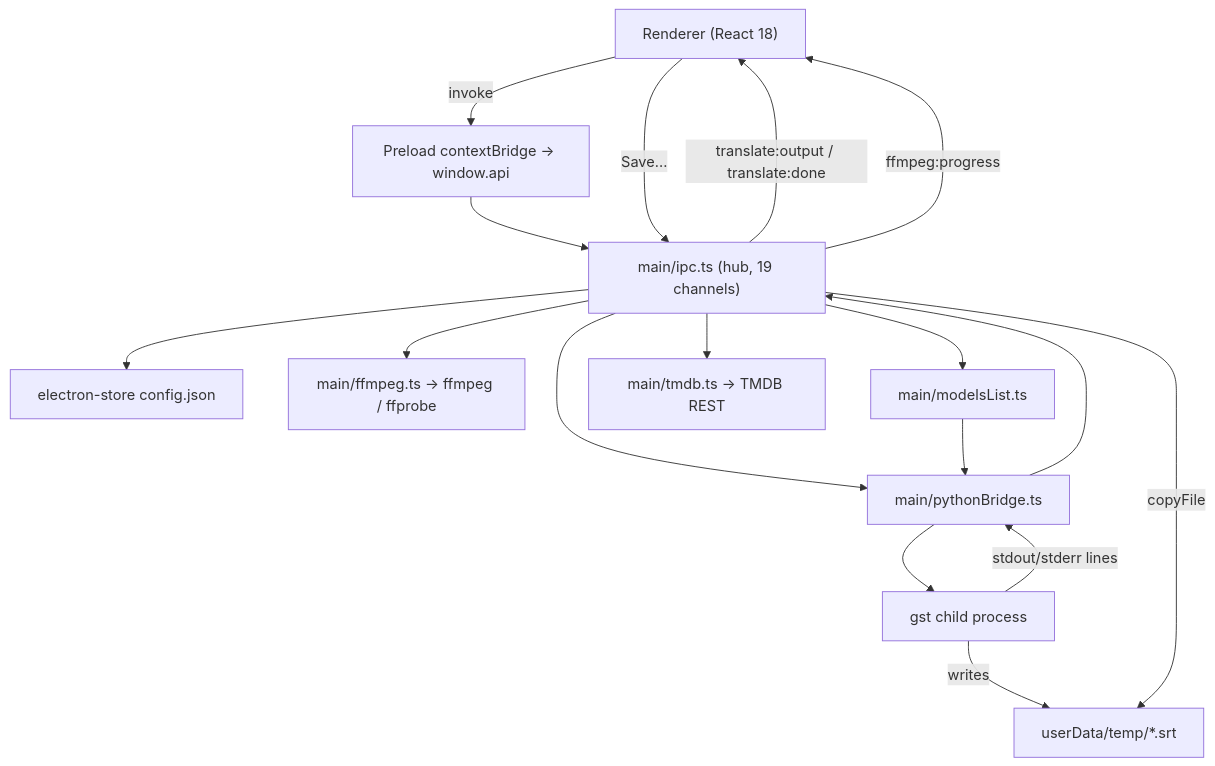
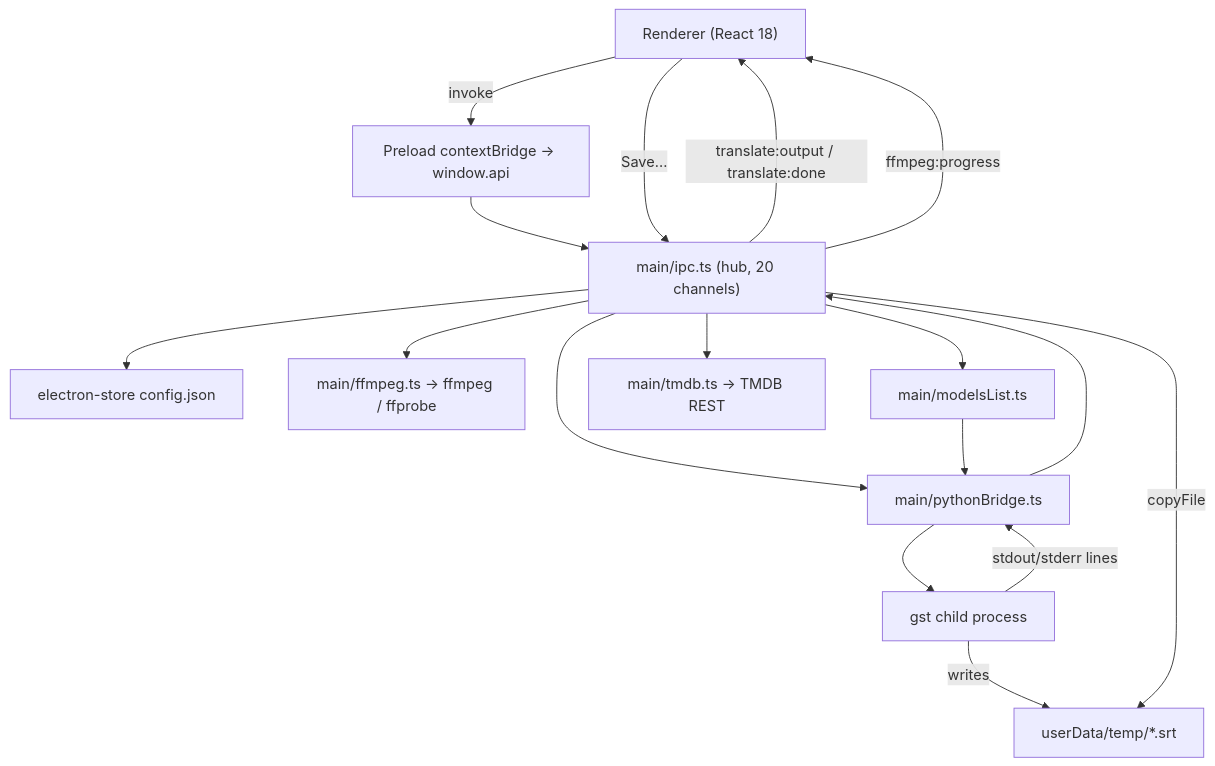
One commit to Akila3/SRT-AI-Translator changed the diagram in ARCHITECTURE.md. Above: the diagram before and after it, drawn with Mermaid. The commit also changed other lines of this file and 8 other files, not shown here.

````diff
--- a/ARCHITECTURE.md
+++ b/ARCHITECTURE.md
@@ -57,25 +57,25 @@
 ```mermaid
 flowchart TD
     R["Renderer (React 18)"]
     P["Preload contextBridge -> window.api"]
-    I["main/ipc.ts (hub, 19 channels)"]
+    I["main/ipc.ts (hub, 20 channels)"]
     S["electron-store config.json"]
     PB["main/pythonBridge.ts"]
     G["gst child process"]
     FF["main/ffmpeg.ts -> ffmpeg / ffprobe"]
     ML["main/modelsList.ts"]
     TM["main/tmdb.ts -> TMDB REST"]
     Tmp["userData/temp/*.srt"]
 
     R -->|invoke| P --> I
     I --> S
     I --> PB --> G
     I --> FF
     I --> ML --> PB
     I --> TM
     G -->|stdout/stderr lines| PB --> I
     I -->|"translate:output / translate:done"| R
     I -->|"ffmpeg:progress"| R
     G -->|writes| Tmp
     R -->|"Save..."| I -->|copyFile| Tmp
 ```
````
